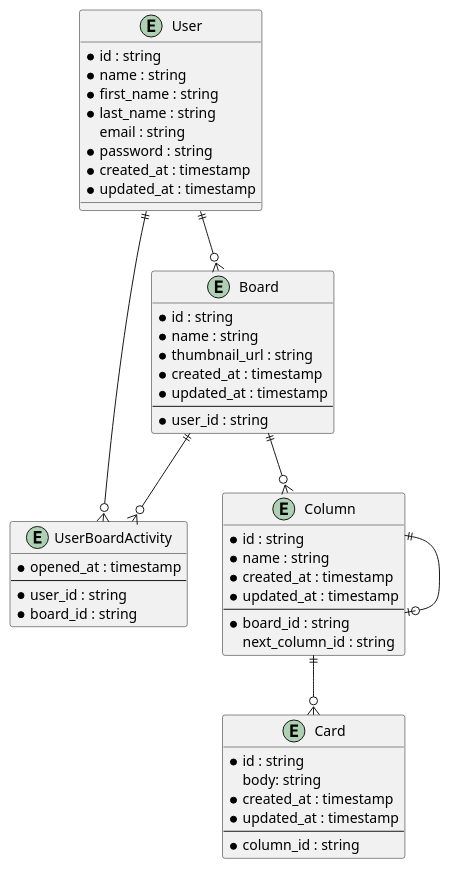
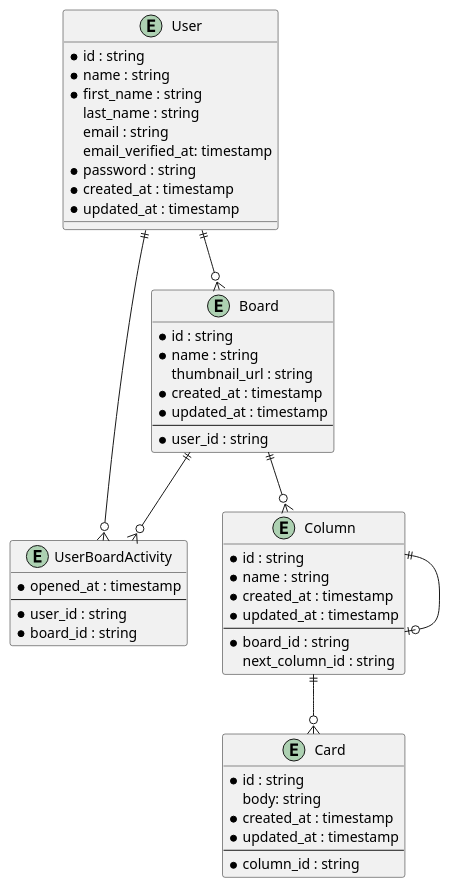
The diagram in docs/erd.puml (stackpan/stageboard), drawn with PlantUML before and after one commit. The commit also changed 8 other files, not shown here.

```diff
--- a/docs/erd.puml
+++ b/docs/erd.puml
@@ -1,57 +1,58 @@
 @startuml Kanban App Project Entity Relationship Diagram
 
 entity User {
     * id : string
     * name : string
     * first_name : string
-    * last_name : string
+    last_name : string
     email : string
+    email_verified_at: timestamp
     * password : string
     * created_at : timestamp
     * updated_at : timestamp
 }
 
 entity Board {
     * id : string
     * name : string
-    * thumbnail_url : string
+    thumbnail_url : string
     * created_at : timestamp
     * updated_at : timestamp
     ---
     * user_id : string
 }
 
 entity UserBoardActivity {
     * opened_at : timestamp
     ---
     * user_id : string
     * board_id : string
 }
 
 entity Column {
     * id : string
     * name : string
     * created_at : timestamp
     * updated_at : timestamp
     ---
     * board_id : string
     next_column_id : string
 }
 
 entity Card {
     * id : string
     body: string
     * created_at : timestamp
     * updated_at : timestamp
     ---
     * column_id : string
 }
 
 User ||--o{ Board
 User ||--o{ UserBoardActivity
 Board ||--o{ UserBoardActivity
 Board ||--o{ Column
 Column ||--o| Column
 Column ||--o{ Card 
 
 @enduml
```
